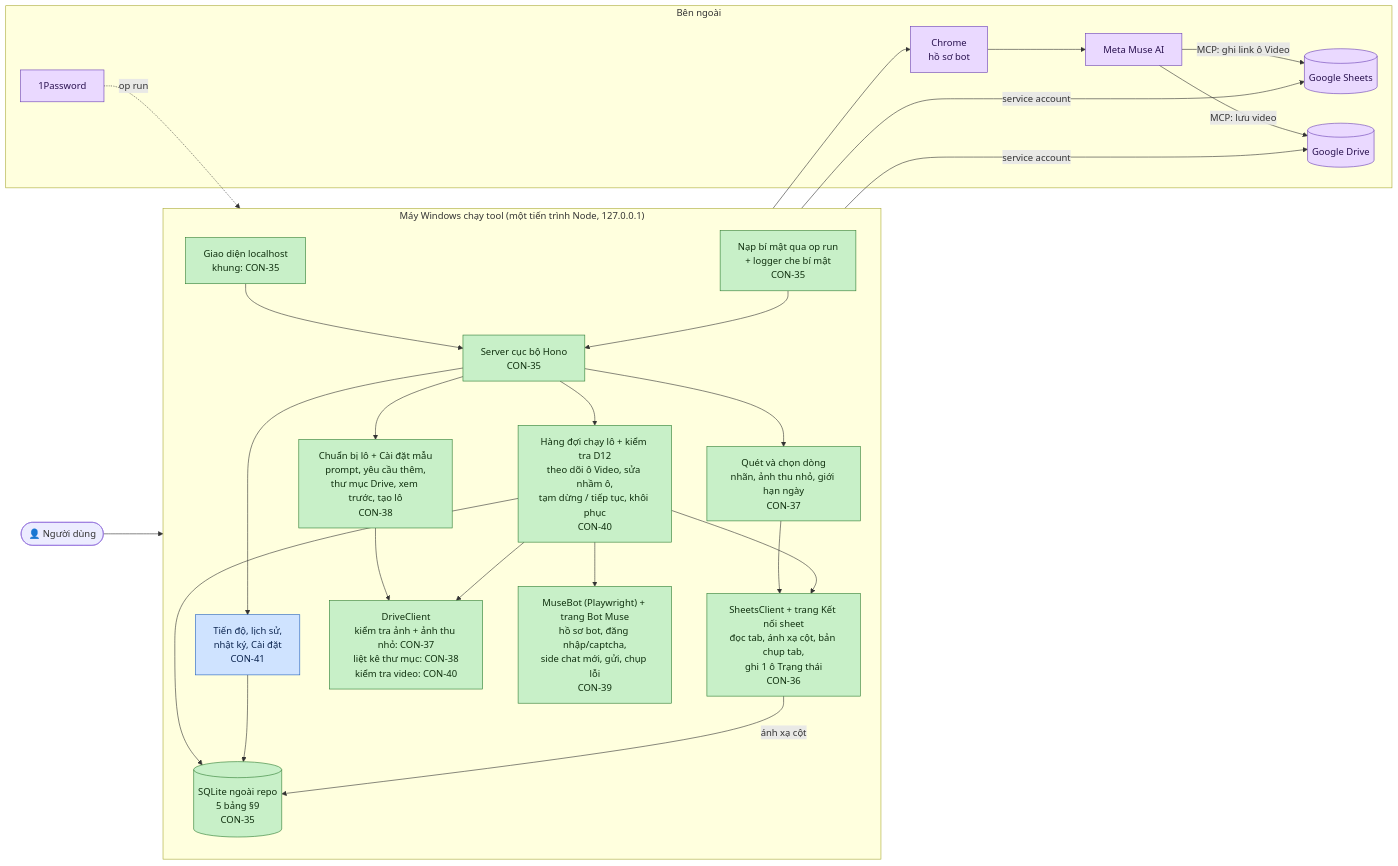
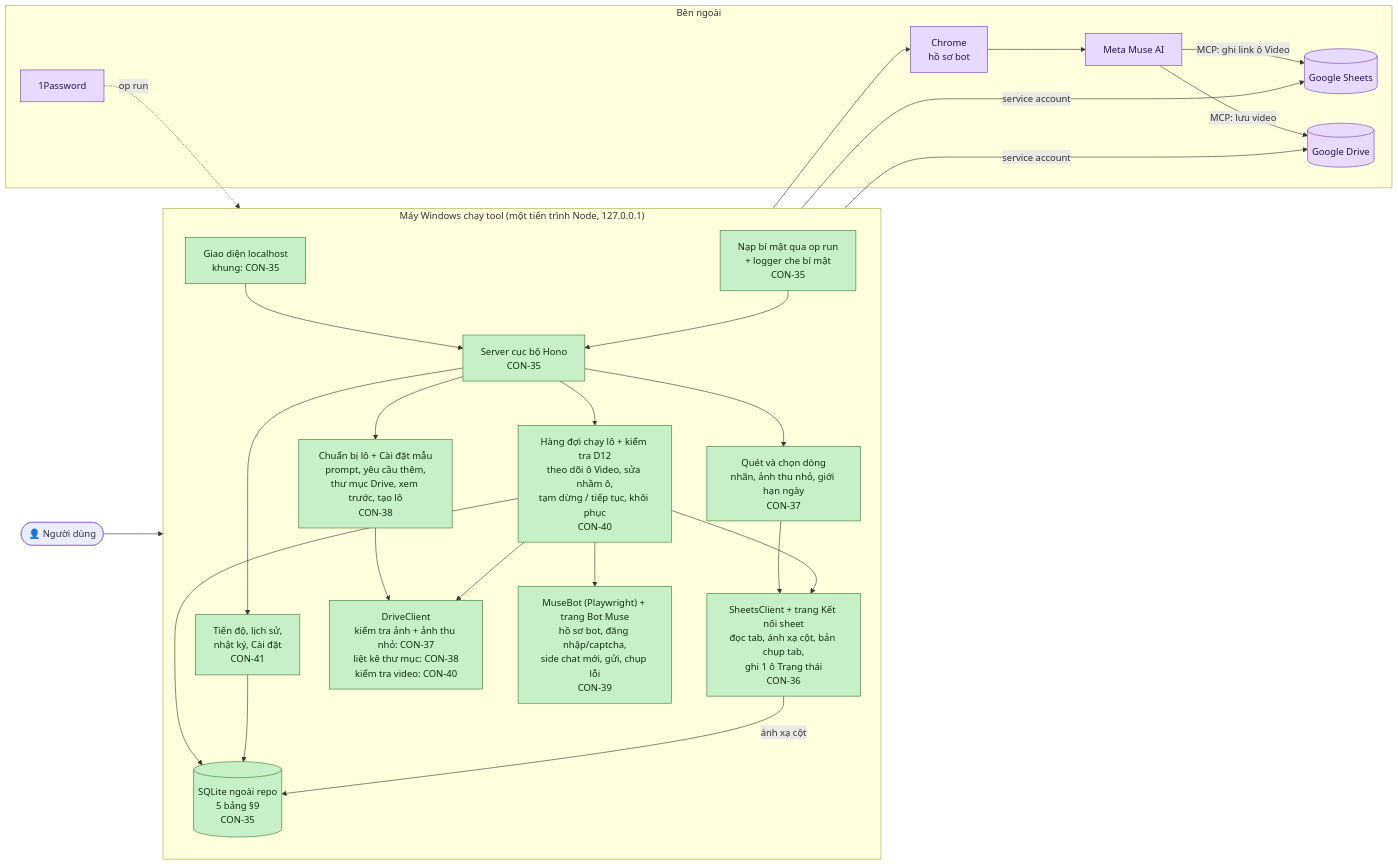
The diagram in TIEN-DO.md (Bach1711/MASYS-VIDEO-GENERATOR), drawn with Mermaid before and after one commit. The commit also changed other lines of this file and 1 other file, not shown here.

````diff
--- a/TIEN-DO.md
+++ b/TIEN-DO.md
@@ -17,57 +17,57 @@
 ```mermaid
 flowchart LR
     user(["👤 Người dùng"])
 
     subgraph PC["Máy Windows chạy tool (một tiến trình Node, 127.0.0.1)"]
         direction TB
         ui["Giao diện localhost<br/>khung: CON-35"]
         server["Server cục bộ Hono<br/>CON-35"]
         secrets["Nạp bí mật qua op run<br/>+ logger che bí mật<br/>CON-35"]
         db[("SQLite ngoài repo<br/>5 bảng §9<br/>CON-35")]
 
         sheet["SheetsClient + trang Kết nối sheet<br/>đọc tab, ánh xạ cột, bản chụp tab,<br/>ghi 1 ô Trạng thái<br/>CON-36"]
         scan["Quét và chọn dòng<br/>nhãn, ảnh thu nhỏ, giới hạn ngày<br/>CON-37"]
         editor["Chuẩn bị lô + Cài đặt mẫu<br/>prompt, yêu cầu thêm,<br/>thư mục Drive, xem trước, tạo lô<br/>CON-38"]
         bot["MuseBot (Playwright) + trang Bot Muse<br/>hồ sơ bot, đăng nhập/captcha,<br/>side chat mới, gửi, chụp lỗi<br/>CON-39"]
         queue["Hàng đợi chạy lô + kiểm tra D12<br/>theo dõi ô Video, sửa nhầm ô,<br/>tạm dừng / tiếp tục, khôi phục<br/>CON-40"]
         drive["DriveClient<br/>kiểm tra ảnh + ảnh thu nhỏ: CON-37<br/>liệt kê thư mục: CON-38<br/>kiểm tra video: CON-40"]
         progress["Tiến độ, lịch sử,<br/>nhật ký, Cài đặt<br/>CON-41"]
     end
 
     subgraph EXT["Bên ngoài"]
         gsheets[("Google Sheets")]
         gdrive[("Google Drive")]
         chrome["Chrome<br/>hồ sơ bot"]
         muse["Meta Muse AI"]
         op["1Password"]
     end
 
     user --> ui --> server
     server --> scan & editor & progress
     scan --> sheet
     editor --> drive
     server --> queue
     queue --> sheet & drive & bot
     queue --> db
     progress --> db
     sheet -- "ánh xạ cột" --> db
     sheet -- "service account" --> gsheets
     drive -- "service account" --> gdrive
     bot --> chrome --> muse
     muse -- "MCP: lưu video" --> gdrive
     muse -- "MCP: ghi link ô Video" --> gsheets
     op -. "op run" .-> secrets --> server
 
     classDef done fill:#c8f0c8,stroke:#2e7d32,color:#10300f
     classDef review fill:#cfe3ff,stroke:#1f5fbf,color:#0c2550
     classDef doing fill:#fff1b8,stroke:#b38600,color:#3d2e00
     classDef todo fill:#eeeeee,stroke:#9e9e9e,color:#333333
     classDef ext fill:#ead9ff,stroke:#6a3fb5,color:#2a1250
 
     class ui,server,secrets,db,sheet,scan,editor done
     class drive done
     class bot done
     class queue done
-    class progress review
+    class progress done
     class gsheets,gdrive,chrome,muse,op ext
 ```
````
